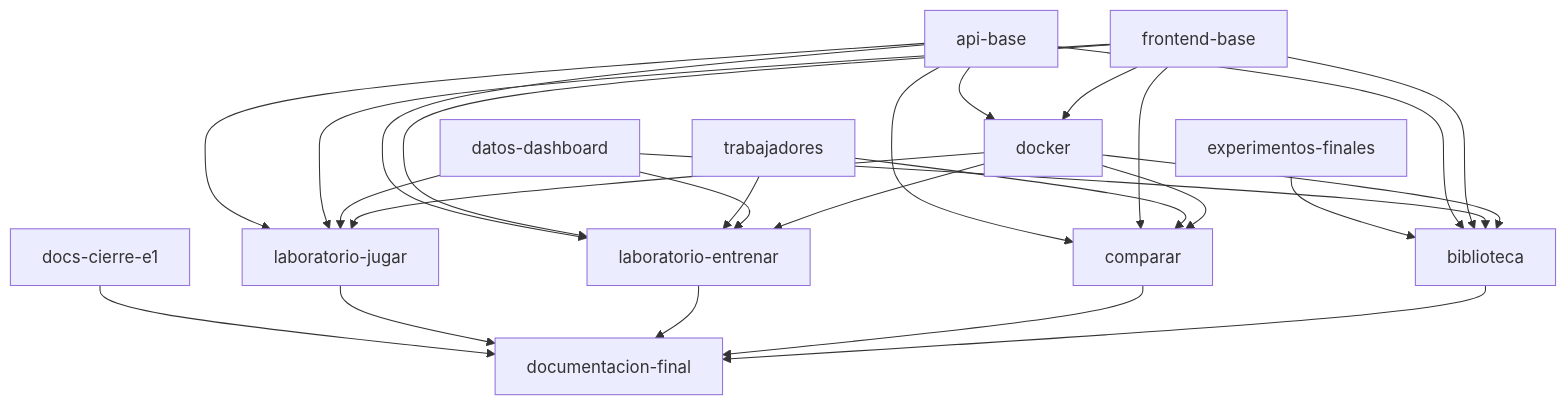
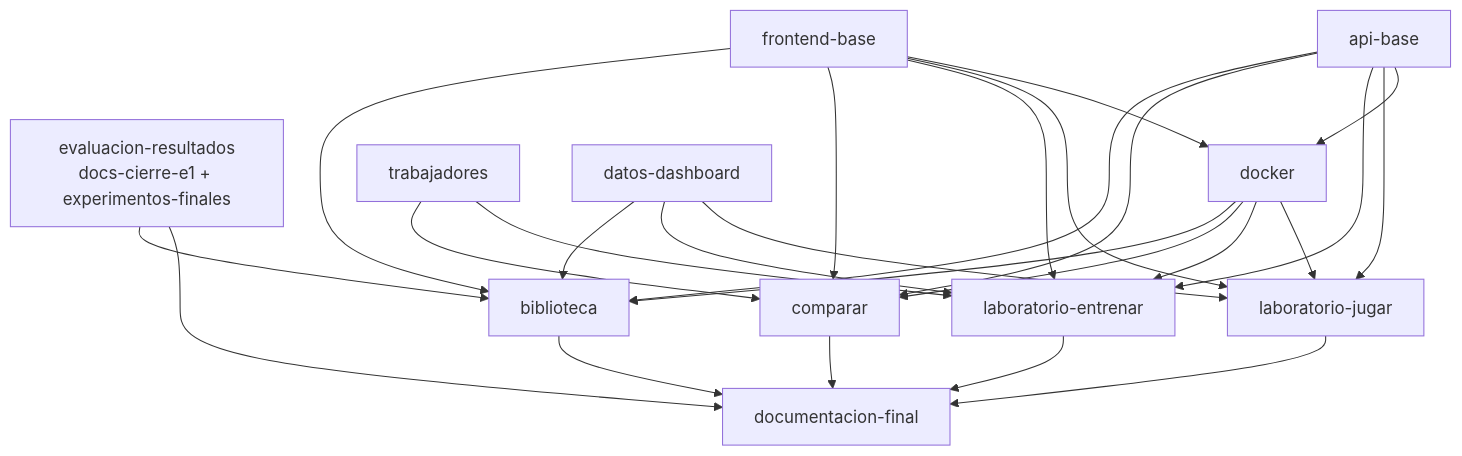
The second of 2 diagrams in docs/plan-e2.md (Ibonerdoiza2004/tiiac-proyecto), drawn with Mermaid before and after one commit.

Commit message:
Actualizar plan

````diff
--- a/docs/plan-e2.md
+++ b/docs/plan-e2.md
@@ -122,16 +122,16 @@
 ```mermaid
 flowchart TD
-    A[docs-cierre-e1] --> L[documentacion-final]
-    B[experimentos-finales] --> K
+    A[evaluacion-resultados<br>docs-cierre-e1 + experimentos-finales] --> L[documentacion-final]
+    A --> K
     C[api-base] --> G[docker]
     D[frontend-base] --> G
     C --> H & I & J & K
     D --> H & I & J & K
     E[trabajadores] --> I & J
     F[datos-dashboard] --> H & I & K
     G --> H[laboratorio-jugar]
     G --> I[laboratorio-entrenar]
     G --> J[comparar]
     G --> K[biblioteca]
     H & I & J & K --> L
 ```
````
